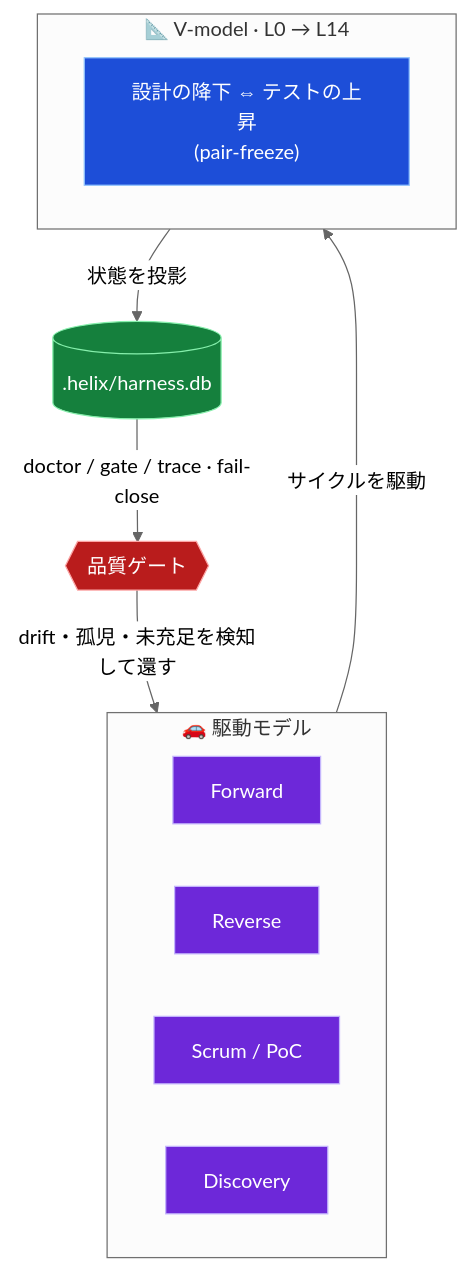
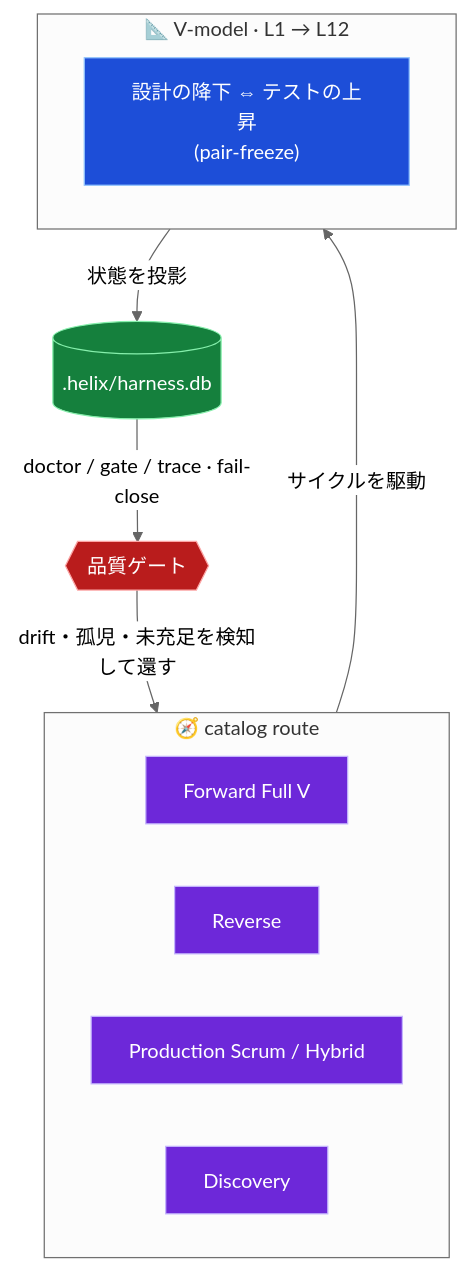
One commit to RetryYN/HELIX-HARNESS changed the second of 4 diagrams in README.md. Above: the diagram before and after it, drawn with Mermaid (neutral theme). The commit also changed other lines of this file and 6 other files, not shown here.

````diff
--- a/README.md
+++ b/README.md
@@ -133,26 +133,26 @@
 ```mermaid
 flowchart TB
-    subgraph DRIVE["🚗 駆動モデル"]
+    subgraph DRIVE["🧭 catalog route"]
         direction LR
-        F["Forward"]
+        F["Forward Full V"]
         RV["Reverse"]
-        SC["Scrum / PoC"]
+        SC["Production Scrum / Hybrid"]
         DS["Discovery"]
     end
-    subgraph VM["📐 V-model · L0 → L14"]
+    subgraph VM["📐 V-model · L1 → L12"]
         L["設計の降下 ⇔ テストの上昇<br/>(pair-freeze)"]
     end
     DRIVE -->|サイクルを駆動| VM
     VM -->|状態を投影| DB[(".helix/harness.db")]
     DB -->|"doctor / gate / trace · fail-close"| Q{{"品質ゲート"}}
     Q -->|"drift・孤児・未充足を検知して還す"| DRIVE
 
     classDef drive fill:#6d28d9,stroke:#c4b5fd,color:#fff;
     classDef vmodel fill:#1d4ed8,stroke:#93c5fd,color:#fff;
     classDef db fill:#15803d,stroke:#86efac,color:#fff;
     classDef gate fill:#b91c1c,stroke:#fca5a5,color:#fff;
     class F,RV,SC,DS drive;
     class L vmodel;
     class DB db;
     class Q gate;
 ```
````
